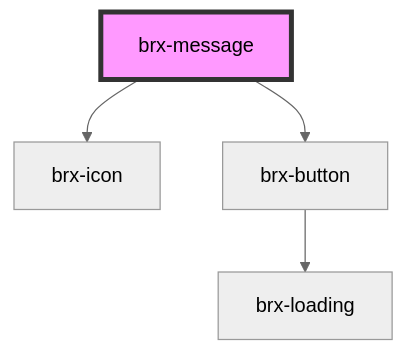
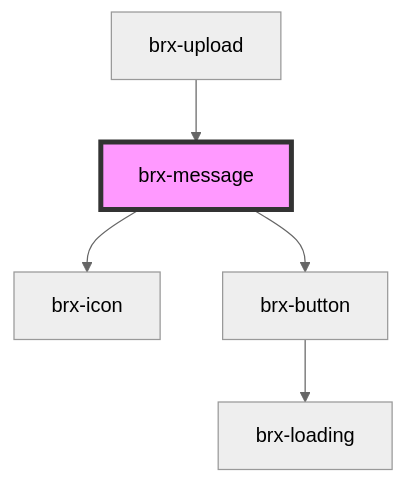
Before and after one commit to copperui/copperui: the diagram in packages/core/src/components/brx-message/readme.md, drawn with Mermaid (neutral theme). The commit also changed other lines of this file and 20 other files, not shown here.

First line of the commit message:
feat(core): components: brx-upload (#58)

````diff
--- a/packages/core/src/components/brx-message/readme.md
+++ b/packages/core/src/components/brx-message/readme.md
@@ -37,7 +41,8 @@
 ```mermaid
 graph TD;
   brx-message --> brx-icon
   brx-message --> brx-button
   brx-button --> brx-loading
+  brx-upload --> brx-message
   style brx-message fill:#f9f,stroke:#333,stroke-width:4px
 ```
````
